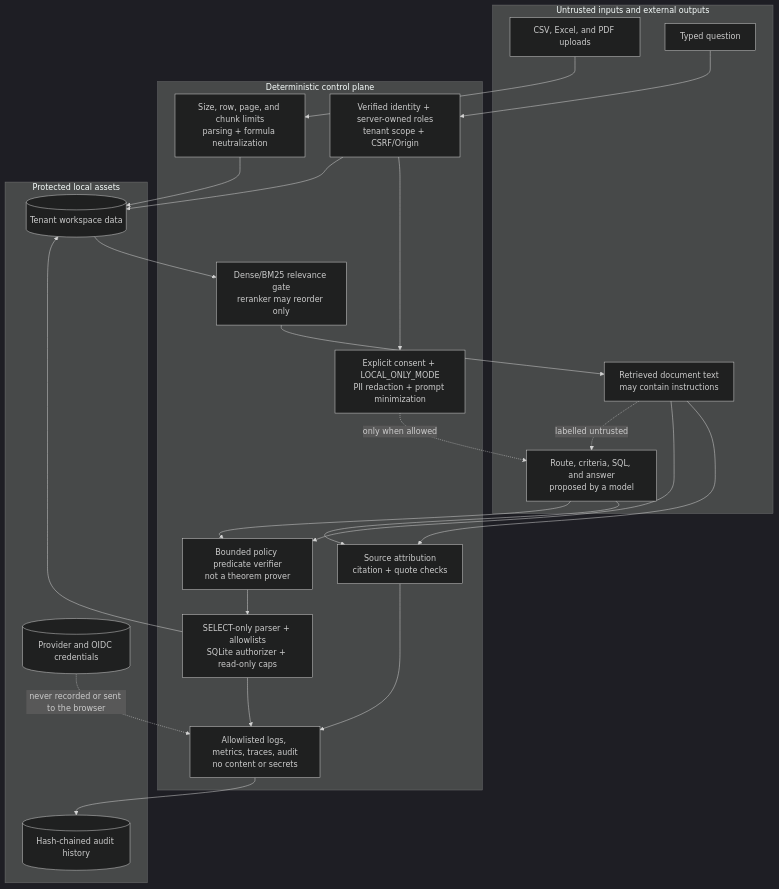
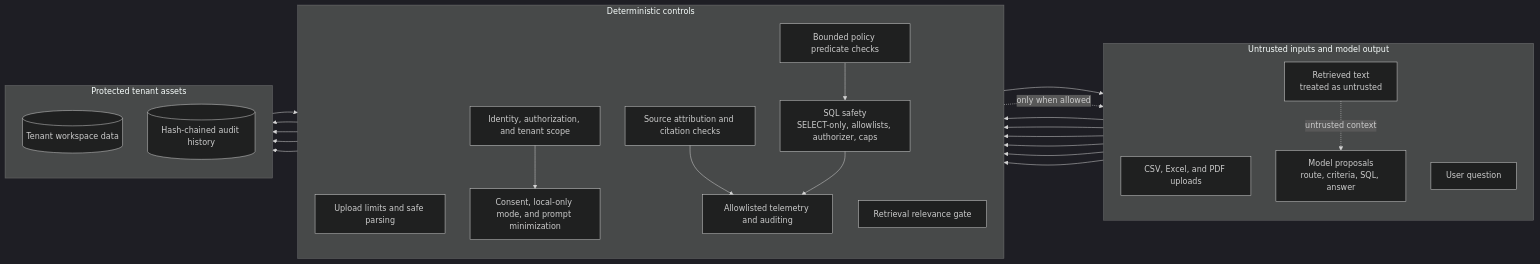
One commit to mehaksharma1996/conversational-multi-agent-bi changed the third of 3 diagrams in docs/architecture/system-overview.md. Above: the diagram before and after it, drawn with Mermaid (dark theme). The commit also changed other lines of this file, not shown here.

Commit message:
Fix Mermaid architecture rendering

````diff
--- a/docs/architecture/system-overview.md
+++ b/docs/architecture/system-overview.md
@@ -149,41 +149,42 @@
 ```mermaid
-flowchart TB
-  subgraph untrusted[Untrusted inputs and external outputs]
+flowchart LR
+  subgraph untrusted[Untrusted inputs and model output]
+    direction TB
     files["CSV, Excel, and PDF uploads"]
-    question["Typed question"]
-    document["Retrieved document text<br/>may contain instructions"]
-    modelOutput["Route, criteria, SQL, and answer<br/>proposed by a model"]
+    question["User question"]
+    excerpts["Retrieved text<br/>treated as untrusted"]
+    proposals["Model proposals<br/>route, criteria, SQL, answer"]
   end
 
-  subgraph controls[Deterministic control plane]
-    ingest["Size, row, page, and chunk limits<br/>parsing + formula neutralization"]
-    identity["Verified identity + server-owned roles<br/>tenant scope + CSRF/Origin"]
-    consent["Explicit consent + LOCAL_ONLY_MODE<br/>PII redaction + prompt minimization"]
-    relevance["Dense/BM25 relevance gate<br/>reranker may reorder only"]
-    grounding["Source attribution<br/>citation + quote checks"]
-    predicate["Bounded policy predicate verifier<br/>not a theorem prover"]
-    query["SELECT-only parser + allowlists<br/>SQLite authorizer + read-only caps"]
-    privacy["Allowlisted logs, metrics, traces, audit<br/>no content or secrets"]
+  subgraph controls[Deterministic controls]
+    direction TB
+    ingest["Upload limits and safe parsing"]
+    access["Identity, authorization, and tenant scope"]
+    consent["Consent, local-only mode, and prompt minimization"]
+    retrieval["Retrieval relevance gate"]
+    grounding["Source attribution and citation checks"]
+    predicate["Bounded policy predicate checks"]
+    sqlSafety["SQL safety<br/>SELECT-only, allowlists, authorizer, caps"]
+    recording["Allowlisted telemetry and auditing"]
   end
 
-  subgraph protected[Protected local assets]
-    workspace[("Tenant workspace data")]
-    credentials[("Provider and OIDC credentials")]
-    audit[("Hash-chained audit history")]
+  subgraph protected[Protected tenant assets]
+    direction TB
+    tenantData[("Tenant workspace data")]
+    auditHistory[("Hash-chained audit history")]
   end
 
-  files --> ingest --> workspace
-  question --> identity --> consent
-  workspace --> relevance
-  relevance --> document
-  document --> grounding
-  document --> predicate
-  consent -. "only when allowed" .-> modelOutput
-  document -. "labelled untrusted" .-> modelOutput
-  modelOutput --> grounding
-  modelOutput --> predicate --> query --> workspace
-  identity --> workspace
-  query --> privacy --> audit
-  grounding --> privacy
-  credentials -. "never recorded or sent to the browser" .-> privacy
+  files --> ingest --> tenantData
+  question --> access --> consent
+  access --> tenantData
+  tenantData --> retrieval --> excerpts
+  consent -. "only when allowed" .-> proposals
+  excerpts -. "untrusted context" .-> proposals
+  excerpts --> grounding
+  proposals --> grounding
+  excerpts --> predicate
+  proposals --> predicate
+  predicate --> sqlSafety --> tenantData
+  grounding --> recording
+  sqlSafety --> recording --> auditHistory
 ```
````
